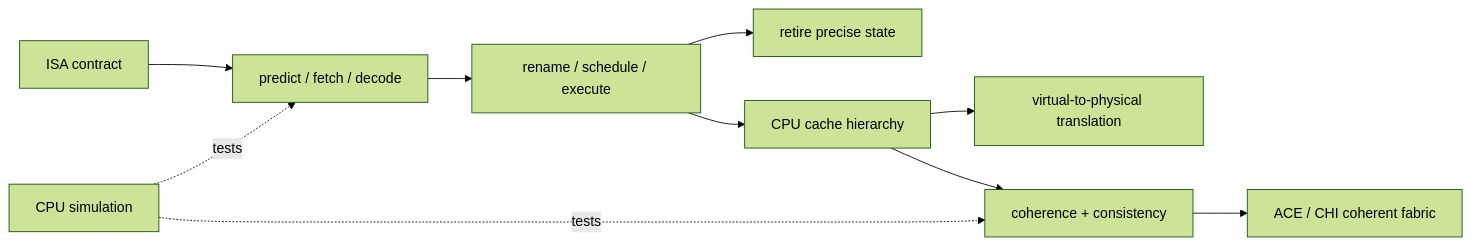
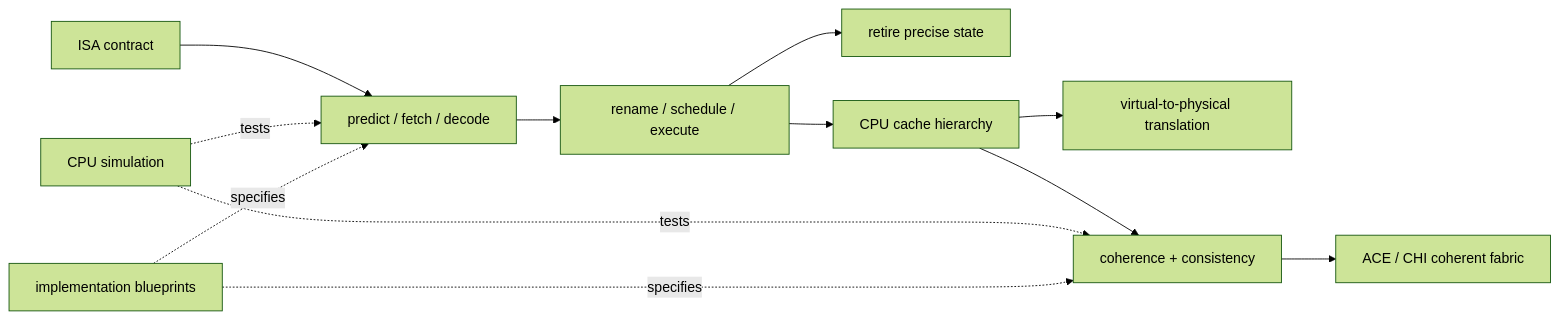
One commit to Wty2003328/silicon-design-notebook changed the diagram in 01_Architecture_and_PPA/01_CPU_Architecture/00_Index.md. Above: the diagram before and after it, drawn with Mermaid (forest theme). The commit also changed other lines of this file and 24 other files, not shown here.

Commit message:
Add implementation-reconstructable architecture blueprints

```diff
--- a/01_Architecture_and_PPA/01_CPU_Architecture/00_Index.md
+++ b/01_Architecture_and_PPA/01_CPU_Architecture/00_Index.md
@@ -10,12 +10,14 @@
 ~~~mermaid
 flowchart LR
     ISA["ISA contract"] --> FE["predict / fetch / decode"]
     FE --> BE["rename / schedule / execute"]
     BE --> Retire["retire precise state"]
     BE --> Cache["CPU cache hierarchy"]
     Cache --> VM["virtual-to-physical translation"]
     Cache --> Coh["coherence + consistency"]
     Coh --> Fabric["ACE / CHI coherent fabric"]
     Sim["CPU simulation"] -. tests .-> FE
     Sim -. tests .-> Coh
+    Build["implementation blueprints"] -. specifies .-> FE
+    Build -. specifies .-> Coh
 ~~~
```
